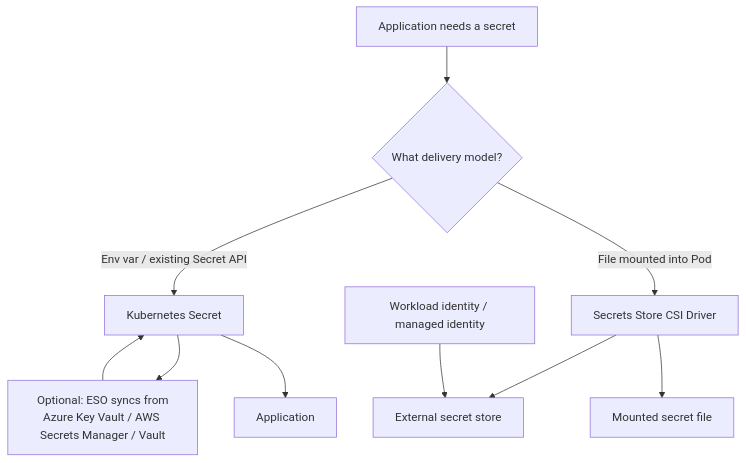
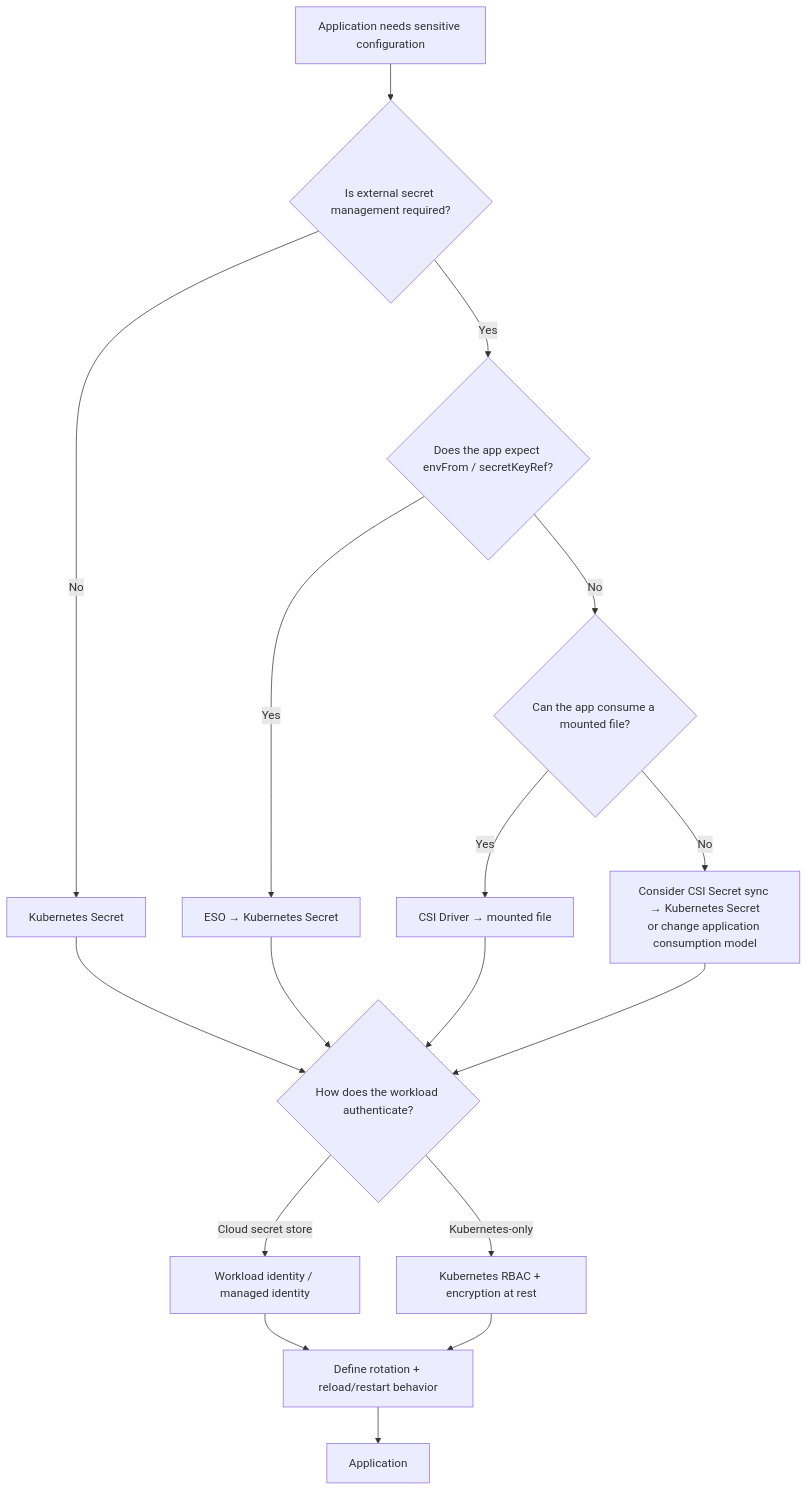
Diagram 21 of 30 in k8s_real_world_kubernetes_guide.md (karthikreddy432/CKAD), drawn with Mermaid before and after one commit. The commit also changed other lines of this file, not shown here.

````diff
--- a/k8s_real_world_kubernetes_guide.md
+++ b/k8s_real_world_kubernetes_guide.md
@@ -609,16 +816,24 @@
 ```mermaid
 flowchart TD
-    APP["Application needs a secret"] --> Q{"What delivery model?"}
+    START["Application needs sensitive configuration"] --> Q1{"Is external secret management required?"}
 
-    Q -->|"Env var / existing Secret API"| K["Kubernetes Secret"]
-    K --> ESO["Optional: ESO syncs from\nAzure Key Vault / AWS Secrets Manager / Vault"]
-    ESO --> K
+    Q1 -->|No| KSEC["Kubernetes Secret"]
+    Q1 -->|Yes| Q2{"Does the app expect envFrom / secretKeyRef?"}
 
-    Q -->|"File mounted into Pod"| CSI["Secrets Store CSI Driver"]
-    CSI --> EXT["External secret store"]
+    Q2 -->|Yes| ESO["ESO → Kubernetes Secret"]
+    Q2 -->|No| Q3{"Can the app consume a mounted file?"}
+    Q3 -->|Yes| CSI["CSI Driver → mounted file"]
+    Q3 -->|No| Q4["Consider CSI Secret sync → Kubernetes Secret\nor change application consumption model"]
 
-    K --> APP2["Application"]
-    CSI --> APP3["Mounted secret file"]
+    KSEC --> Q5{"How does the workload authenticate?"}
+    ESO --> Q5
+    CSI --> Q5
+    Q4 --> Q5
 
-    ID["Workload identity / managed identity"] --> EXT
+    Q5 -->|"Cloud secret store"| WI["Workload identity / managed identity"]
+    Q5 -->|"Kubernetes-only"| RBAC["Kubernetes RBAC + encryption at rest"]
+
+    WI --> ROT["Define rotation + reload/restart behavior"]
+    RBAC --> ROT
+    ROT --> APP["Application"]
 ```
````
